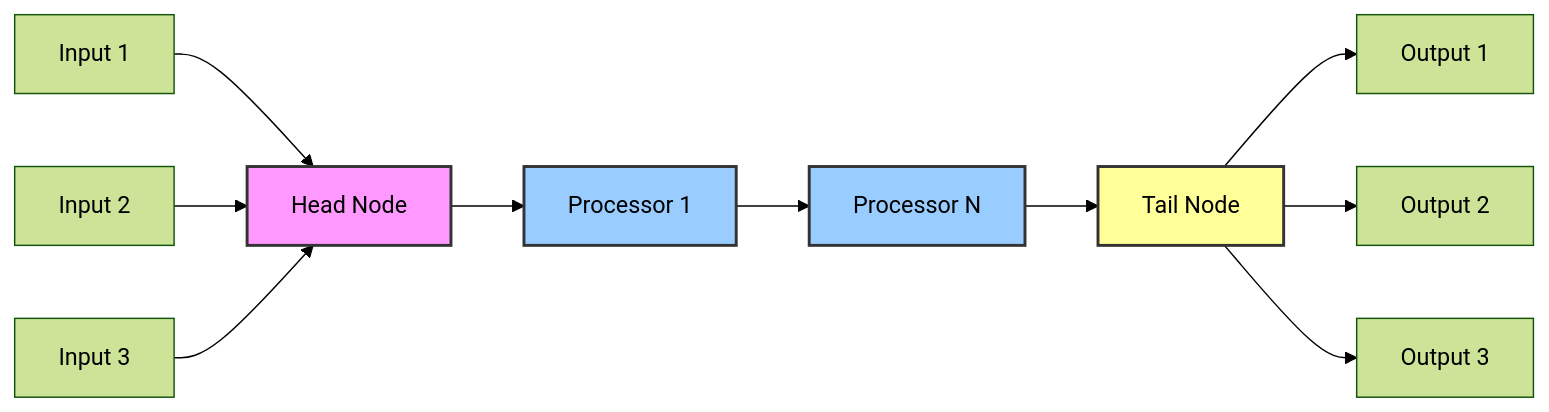
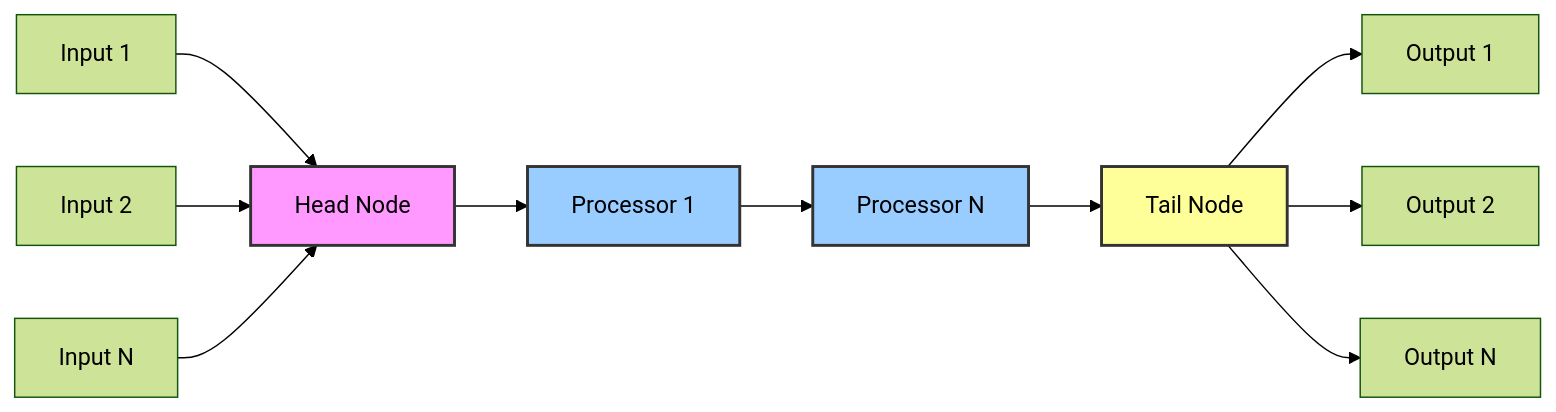
Before and after one commit to slytechs-repos/platform-api: the diagram in README.md, drawn with Mermaid (forest theme).

Commit message:
Update README.md
Added Pipeline structure diagram

````diff
--- a/README.md
+++ b/README.md
@@ -30,18 +30,17 @@
-  ```mermaid
-  graph LR
+```mermaid
+graph LR
     I1[Input 1] --> H
     I2[Input 2] --> H
-    I3[Input 3] --> H
+    I3[Input N] --> H
     H[Head Node] --> P1
     P1[Processor 1] --> P2
     P2[Processor N] --> T
     T[Tail Node] --> O1[Output 1]
     T --> O2[Output 2]
-    T --> O3[Output 3]
+    T --> O3[Output N]
 
     style H fill:#f9f,stroke:#333,stroke-width:2px,color:#000
     style T fill:#ff9,stroke:#333,stroke-width:2px,color:#000
     style P1 fill:#9cf,stroke:#333,stroke-width:2px,color:#000
     style P2 fill:#9cf,stroke:#333,stroke-width:2px,color:#000
-
   ```
````
